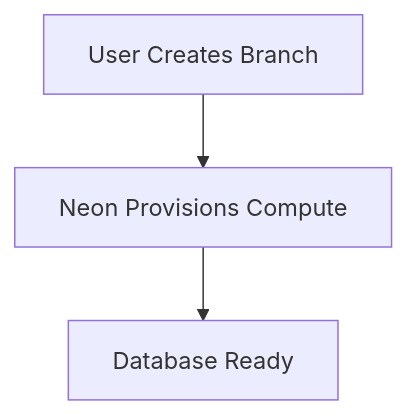
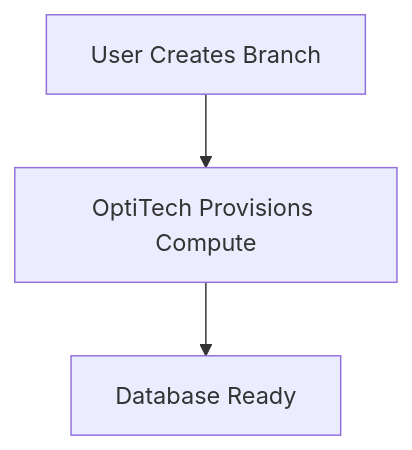
Before and after one commit to prakto-org/optitech-hemsida: the second of 8 diagrams in content/docs/community/mermaid-diagrams.md, drawn with Mermaid. The commit also changed other lines of this file and 2084 other files, not shown here.

First line of the commit message:
feat: rebrand Neon site to OptiTech

````diff
--- a/content/docs/community/mermaid-diagrams.md
+++ b/content/docs/community/mermaid-diagrams.md
@@ -375,5 +375,5 @@
 ```mermaid
 flowchart TD
-    A[User Creates Branch] --> B[Neon Provisions Compute]
+    A[User Creates Branch] --> B[OptiTech Provisions Compute]
     B --> C[Database Ready]
 ```
````
